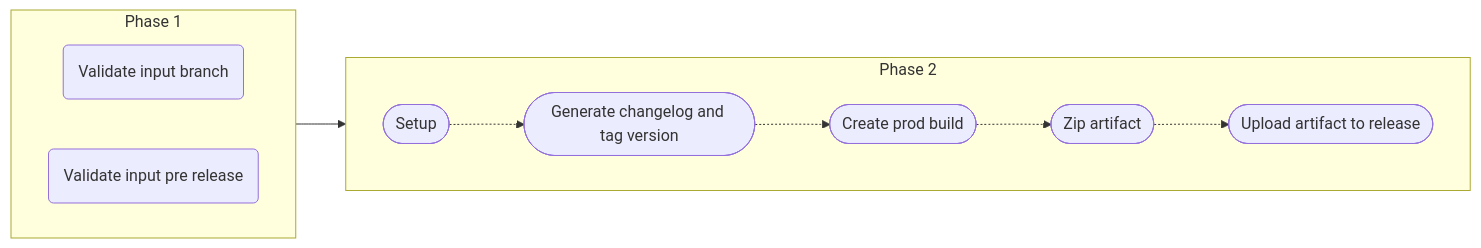
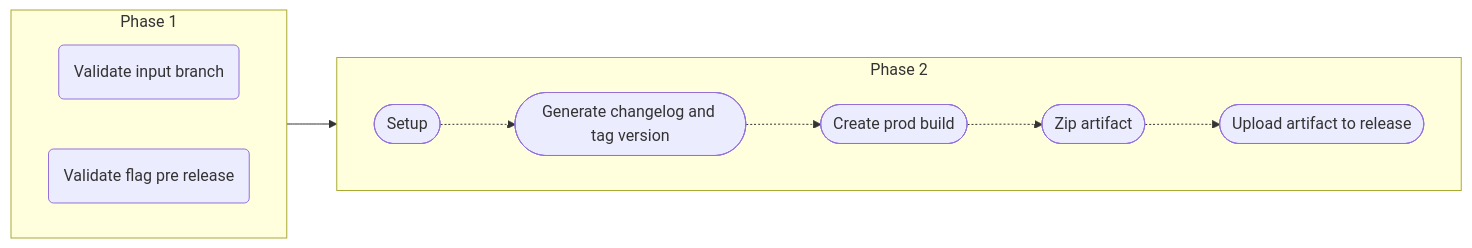
The eighth of 11 diagrams in docs/pipeline.md (gnowth/gnowth), drawn with Mermaid before and after one commit. The commit also changed other lines of this file and 8 other files, not shown here.

````diff
--- a/docs/pipeline.md
+++ b/docs/pipeline.md
@@ -138,23 +181,23 @@
 ```mermaid
   flowchart LR
     ARTIFACTPACK([Zip artifact])
     ARTIFACTRELEASE([Upload artifact to release])
     BUILD([Create prod build])
     SETUP([Setup])
     VERSIONING([Generate changelog and tag version])
 
     subgraph PHASE1[Phase 1]
       direction LR
 
       VALIDATEBRANCH(Validate input branch)
-      VALIDATEPRE(Validate input pre release)
+      VALIDATEPRE(Validate flag pre release)
     end
 
     subgraph PHASE2[Phase 2]
       direction LR
 
       SETUP -.-> VERSIONING -.-> BUILD -.-> ARTIFACTPACK -.-> ARTIFACTRELEASE
     end
 
     PHASE1 --> PHASE2
 ```
````
